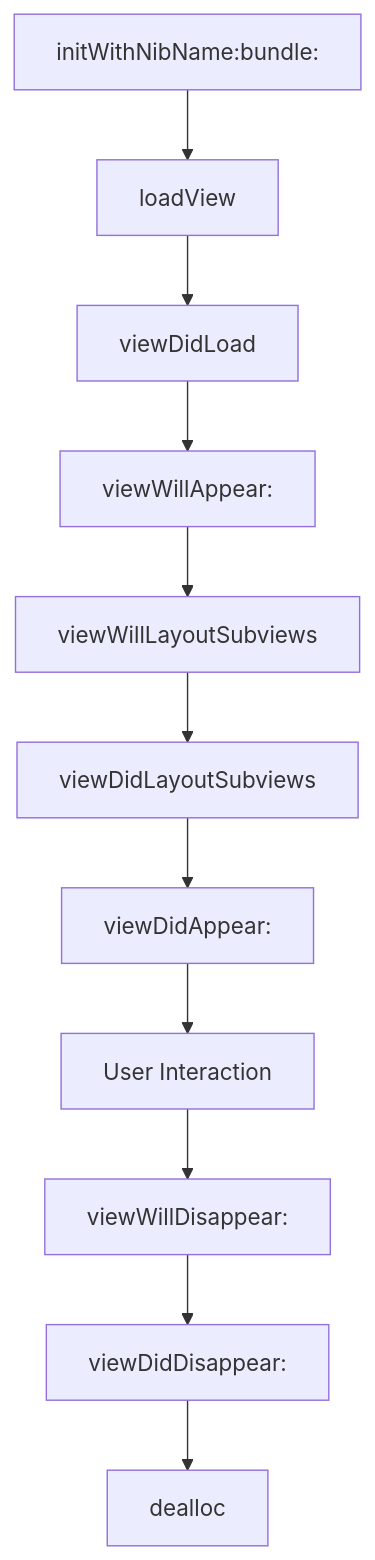
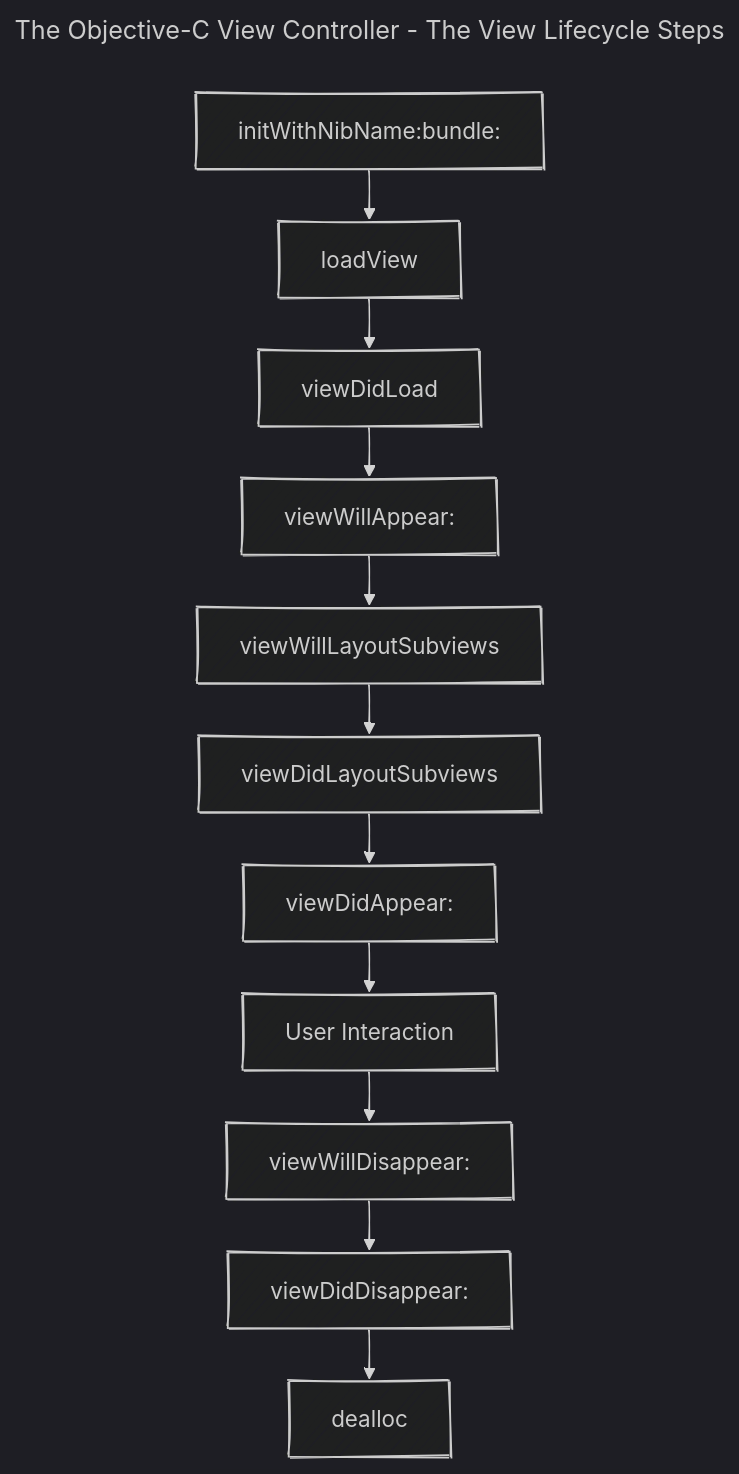
Before and after one commit to CongLeSolutionX/iOS-development-vault: the diagram in iOS_app_and_view_lifecycle/Objective-C_view_controller_lifecycle-standalone.md, drawn with Mermaid. The commit also changed 8 other files, not shown here.

````diff
--- a/iOS_app_and_view_lifecycle/Objective-C_view_controller_lifecycle-standalone.md
+++ b/iOS_app_and_view_lifecycle/Objective-C_view_controller_lifecycle-standalone.md
@@ -17,14 +17,21 @@
 ```mermaid
+---
+title: The Objective-C View Controller - The View Lifecycle Steps
+config:
+  layout: elk
+  look: handDrawn
+  theme: dark
+---
 flowchart TD
     A[initWithNibName:bundle:] --> B[loadView]
     B --> C[viewDidLoad]
     C --> D[viewWillAppear:]
     D --> E[viewWillLayoutSubviews]
     E --> F[viewDidLayoutSubviews]
     F --> G[viewDidAppear:]
     G --> H[User Interaction]
     H --> I[viewWillDisappear:]
     I --> J[viewDidDisappear:]
     J --> K[dealloc]
 
 ```
````
